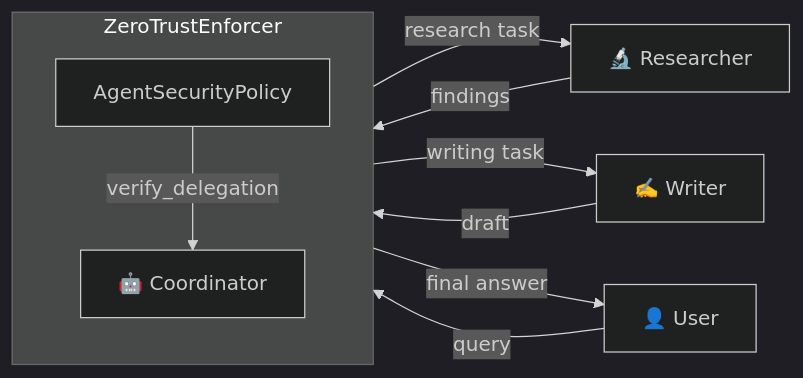
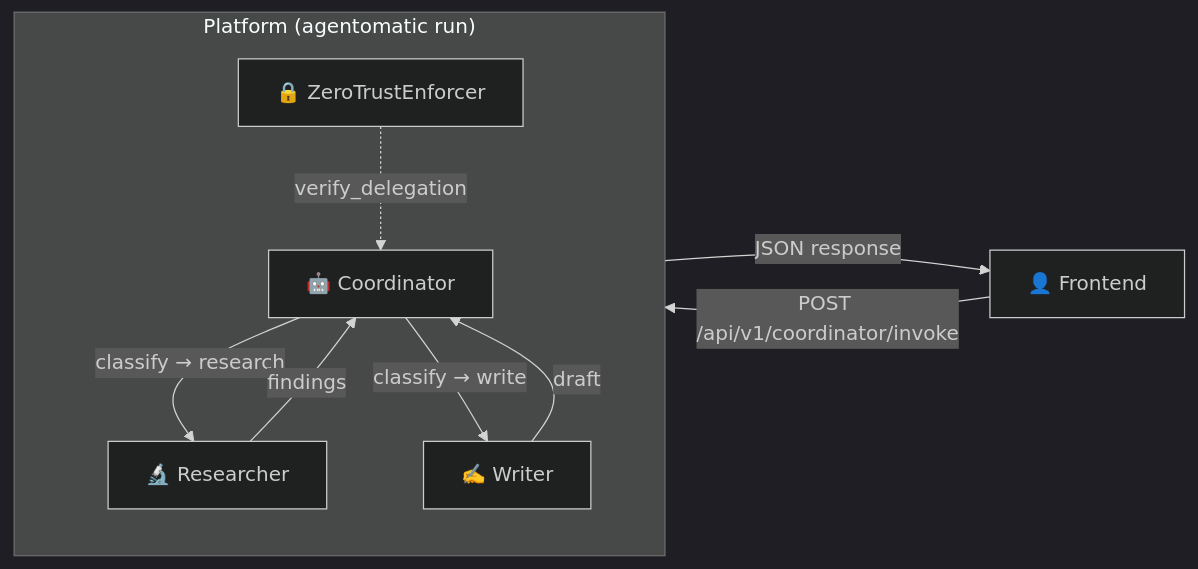
Before and after one commit to UnicoLab/agentomatic: the second of 2 diagrams in docs/guide/delegation.md, drawn with Mermaid (dark theme). The commit also changed other lines of this file and 6 other files, not shown here.

````diff
--- a/docs/guide/delegation.md
+++ b/docs/guide/delegation.md
@@ -227,15 +555,18 @@
 ```mermaid
 flowchart LR
-    U["👤 User"] -->|query| C["🤖 Coordinator"]
-    C -->|research task| R["🔬 Researcher"]
-    C -->|writing task| W["✍️ Writer"]
+    U["👤 Frontend"] -->|"POST /api/v1/coordinator/invoke"| C["🤖 Coordinator"]
+    C -->|"classify → research"| R["🔬 Researcher"]
+    C -->|"classify → write"| W["✍️ Writer"]
     R -->|findings| C
     W -->|draft| C
-    C -->|final answer| U
+    C -->|"JSON response"| U
 
-    subgraph "ZeroTrustEnforcer"
+    subgraph "Platform (agentomatic run)"
         direction TB
-        P["AgentSecurityPolicy"]
-        P -->|verify_delegation| C
+        C
+        R
+        W
+        ZT["🔒 ZeroTrustEnforcer"]
+        ZT -.->|verify_delegation| C
     end
 ```
````
